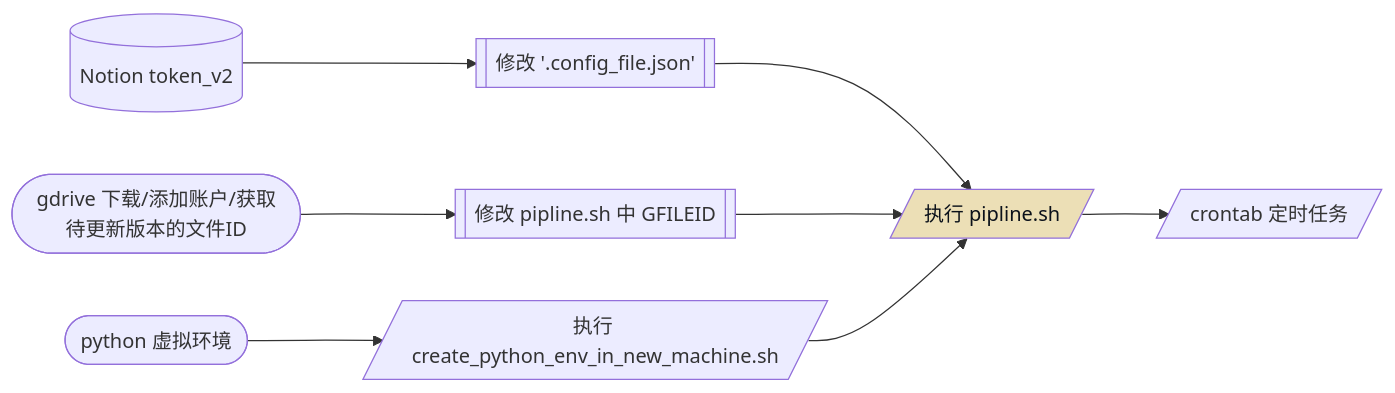
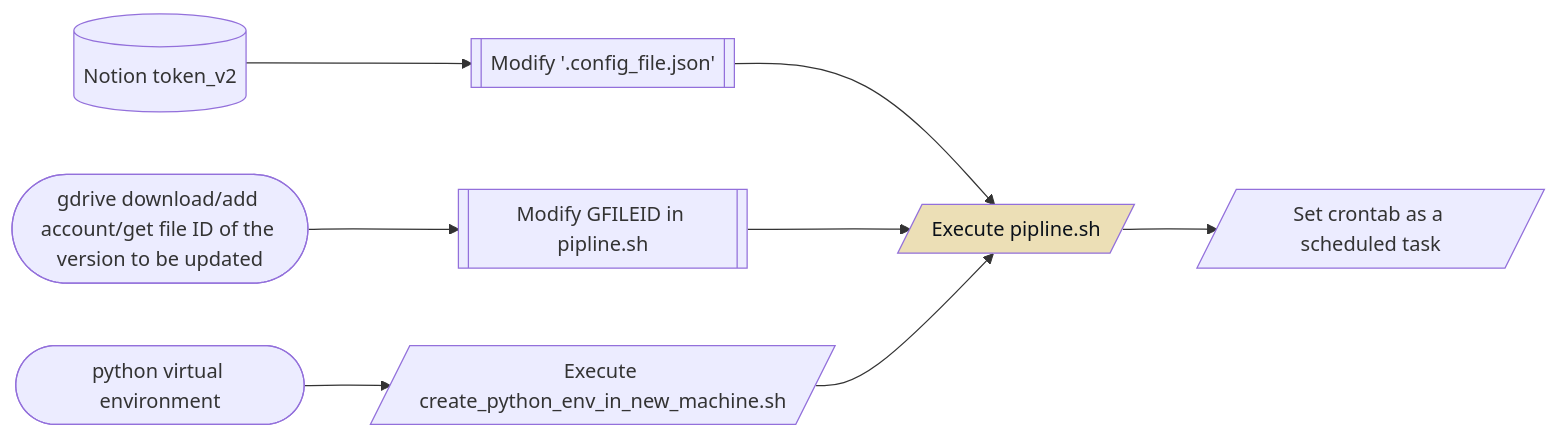
One commit to dario-github/notion_auto_backup changed the diagram in README.md. Above: the diagram before and after it, drawn with Mermaid. The commit also changed other lines of this file and 1 other file, not shown here.

````diff
--- a/README.md
+++ b/README.md
@@ -26,14 +11,15 @@
 ```mermaid
 flowchart LR
-    A[(Notion token_v2)] --> A1[[修改 '.config_file.json']]
-    B([gdrive 下载/添加账户/获取待更新版本的文件ID]) -->B1[[修改 pipline.sh 中 GFILEID]]
-    C([python 虚拟环境]) --> C1[/执行 create_python_env_in_new_machine.sh/]
-    A1 & B1 & C1 --> D[/执行 pipline.sh/]
-    D --> E[/crontab 定时任务/]
+    A[(Notion token_v2)] --> A1[[Modify '.config_file.json']]
+    B([gdrive download/add account/get file ID of the version to be updated]) --> B1[[Modify GFILEID in pipline.sh]]
+    C([python virtual environment]) --> C1[/Execute create_python_env_in_new_machine.sh/]
+    A1 & B1 & C1 --> D[/Execute pipline.sh/]
+    D --> E[/Set crontab as a scheduled task/]
 
     style D fill:#ecdfb6,color:#0b111a
     
-    click A href "https://github.com/dario-github/notion_backup#%E8%8E%B7%E5%8F%96notion-token_v2" _self
-    click B href "https://github.com/dario-github/notion_backup/edit/master/README.md#gdrive-%E7%8E%AF%E5%A2%83" _self
-    click E href "https://github.com/dario-github/notion_backup#%E8%AE%BE%E7%BD%AE%E5%AE%9A%E6%9C%9F%E6%89%A7%E8%A1%8C" _self
+    click A href "https://github.com/dario-github/notion_backup#getting-notion-token_v2" _self
+    click B href "https://github.com/dario-github/notion_backup/edit/master/README.md#gdrive-environment" _self
+    click E href "https://github.com/dario-github/notion_backup#setting-up-scheduled-execution" _self
+
 ```
````
